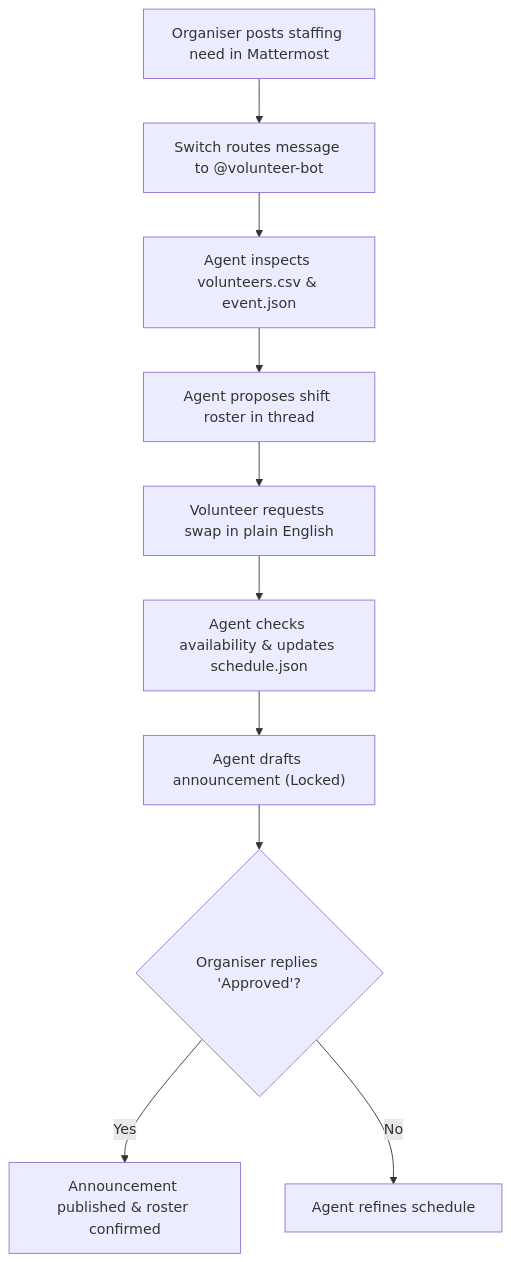
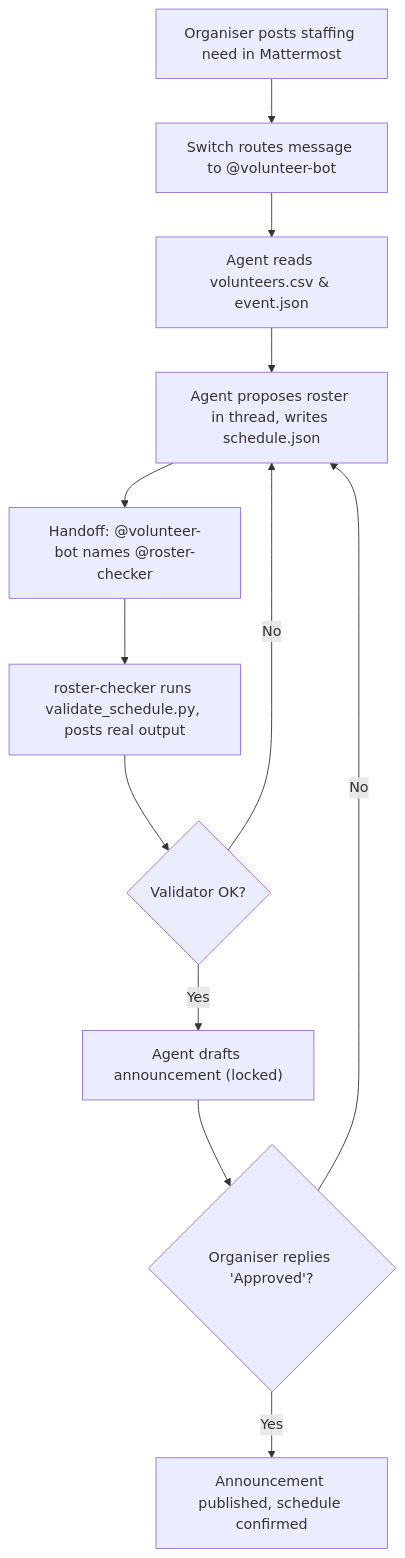
One commit to Mamtasahu2005/event-volunteer-desk changed the diagram in README.md. Above: the diagram before and after it, drawn with Mermaid. The commit also changed other lines of this file and 8 other files, not shown here.

First line of the commit message:
Rework Switch template with roster-checker agent, real validator, tests, and demo reset

````diff
--- a/README.md
+++ b/README.md
@@ -28,12 +31,14 @@
 ```mermaid
 flowchart TD
     A["Organiser posts staffing need in Mattermost"] --> B["Switch routes message to @volunteer-bot"]
-    B --> C["Agent inspects volunteers.csv & event.json"]
-    C --> D["Agent proposes shift roster in thread"]
-    D --> E["Volunteer requests swap in plain English"]
-    E --> F["Agent checks availability & updates schedule.json"]
-    F --> G["Agent drafts announcement (Locked)"]
-    G --> H{"Organiser replies 'Approved'?"}
-    H -- "Yes" --> I["Announcement published & roster confirmed"]
-    H -- "No" --> J["Agent refines schedule"]
+    B --> C["Agent reads volunteers.csv & event.json"]
+    C --> D["Agent proposes roster in thread, writes schedule.json"]
+    D --> E["Handoff: @volunteer-bot names @roster-checker"]
+    E --> F["roster-checker runs validate_schedule.py, posts real output"]
+    F --> G{"Validator OK?"}
+    G -- "No" --> D
+    G -- "Yes" --> H["Agent drafts announcement (locked)"]
+    H --> I{"Organiser replies 'Approved'?"}
+    I -- "Yes" --> J["Announcement published, schedule confirmed"]
+    I -- "No" --> D
 ```
````
